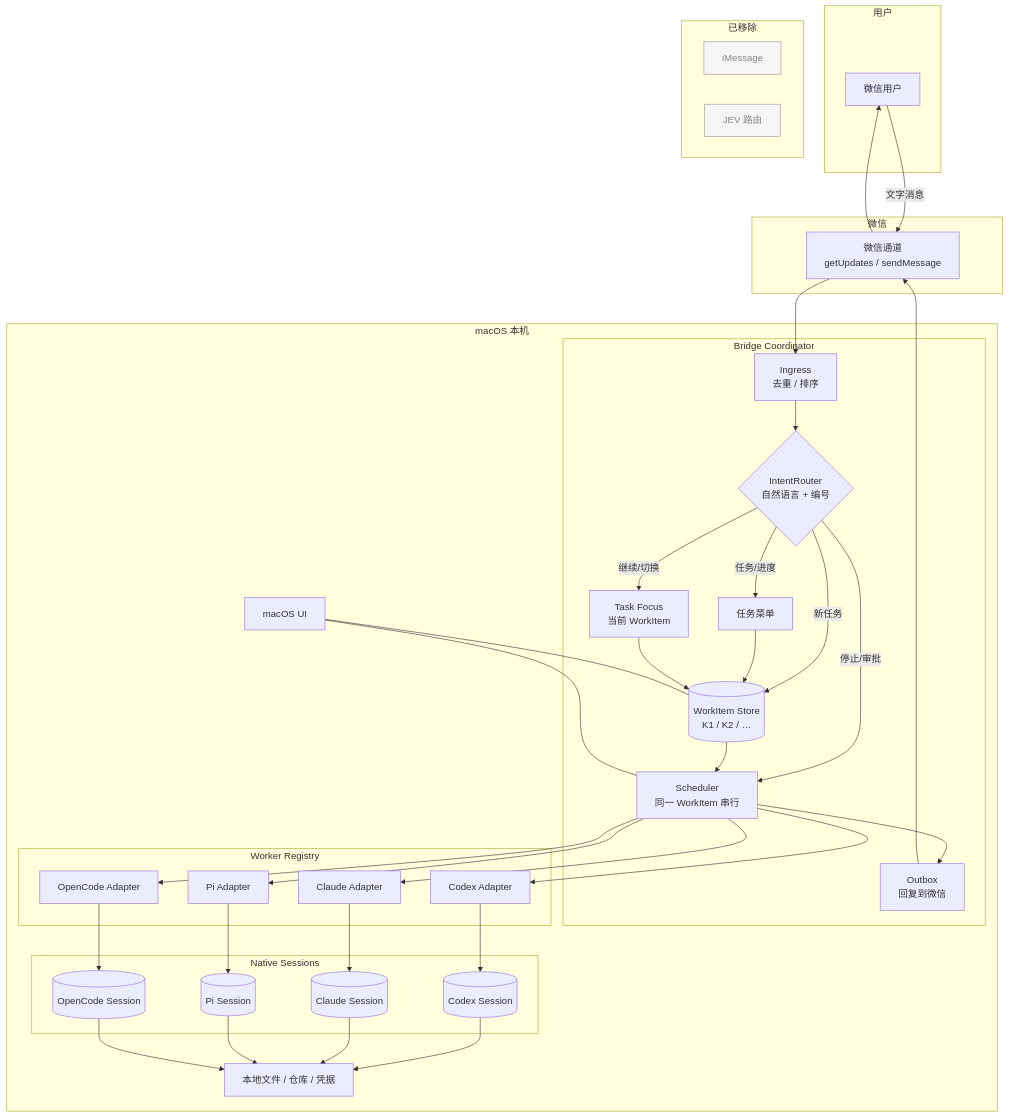
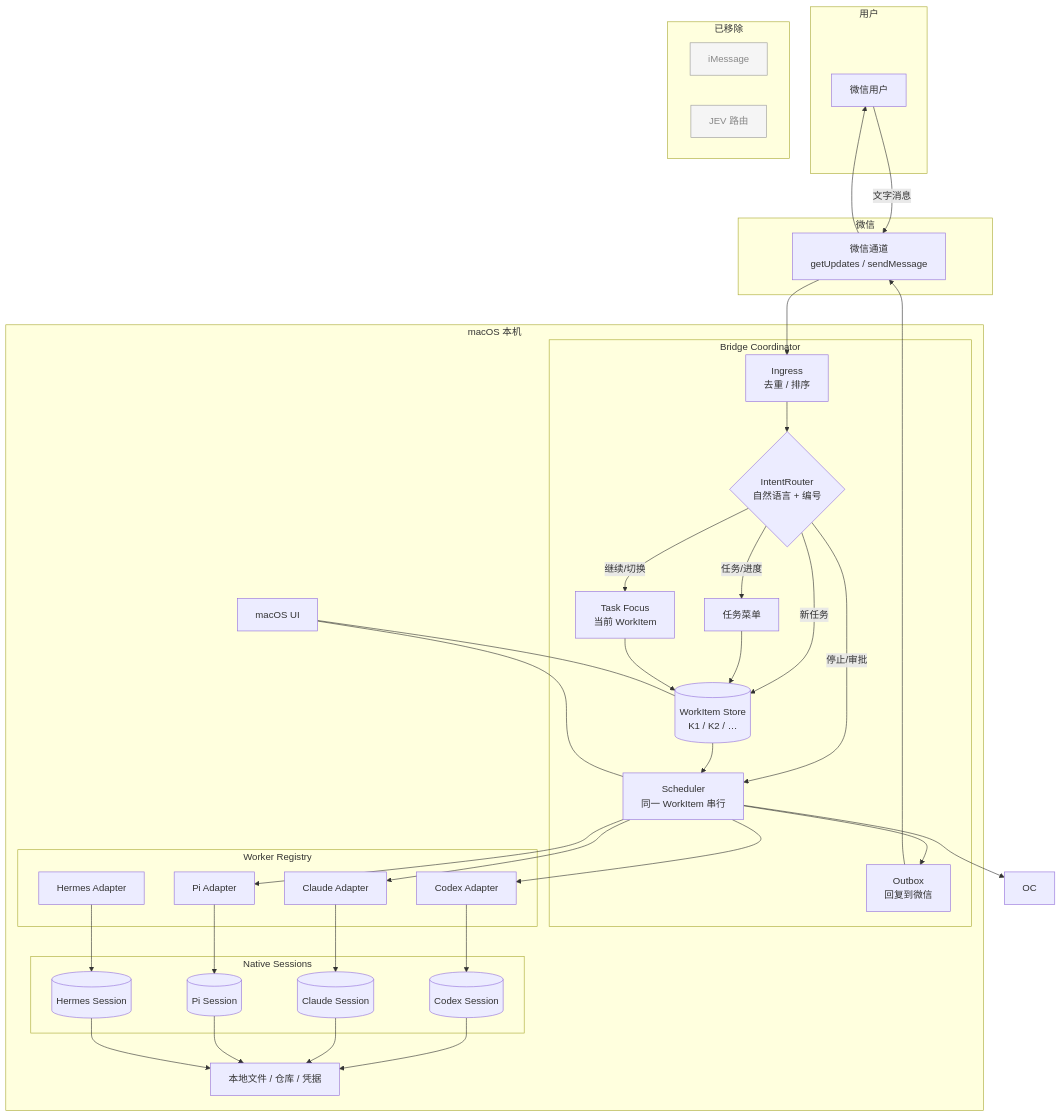
One commit to section9-lab/chat-bridge changed the second of 3 diagrams in docs/wechat-only-super-agent-plan.md. Above: the diagram before and after it, drawn with Mermaid. The commit also changed other lines of this file and 22 other files, not shown here.

Commit message:
Add Pi agent in place of Cursor, Grok, and OpenCode

````diff
--- a/docs/wechat-only-super-agent-plan.md
+++ b/docs/wechat-only-super-agent-plan.md
@@ -83,75 +83,75 @@
 ```mermaid
 flowchart TB
     subgraph USER["用户"]
         U["微信用户"]
     end
 
     subgraph WX["微信"]
         WC["微信通道<br/>getUpdates / sendMessage"]
     end
 
     subgraph MAC["macOS 本机"]
         subgraph COORD["Bridge Coordinator"]
             IN["Ingress<br/>去重 / 排序"]
             IR{"IntentRouter<br/>自然语言 + 编号"}
             TM["任务菜单"]
             TF["Task Focus<br/>当前 WorkItem"]
             ST[("WorkItem Store<br/>K1 / K2 / …")]
             SCH["Scheduler<br/>同一 WorkItem 串行"]
             OB["Outbox<br/>回复到微信"]
         end
 
         subgraph WORKERS["Worker Registry"]
             CX["Codex Adapter"]
             CL["Claude Adapter"]
             PI["Pi Adapter"]
-            OC["OpenCode Adapter"]
+            HM["Hermes Adapter"]
         end
 
         subgraph SESS["Native Sessions"]
             S1[("Codex Session")]
             S2[("Claude Session")]
             S3[("Pi Session")]
-            S4[("OpenCode Session")]
+            S4[("Hermes Session")]
         end
 
         FS["本地文件 / 仓库 / 凭据"]
         UI["macOS UI"]
     end
 
     subgraph REMOVED["已移除"]
         IM["iMessage"]
         JEV["JEV 路由"]
     end
 
     U -->|文字消息| WC
     WC --> IN
     IN --> IR
     IR -->|任务/进度| TM
     IR -->|新任务| ST
     IR -->|继续/切换| TF
     IR -->|停止/审批| SCH
     TM --> ST
     TF --> ST
     ST --> SCH
     SCH --> CX
     SCH --> CL
     SCH --> PI
     SCH --> OC
     CX --> S1
     CL --> S2
     PI --> S3
-    OC --> S4
+    HM --> S4
     S1 --> FS
     S2 --> FS
     S3 --> FS
     S4 --> FS
     SCH --> OB
     OB --> WC
     WC --> U
     UI --- ST
     UI --- SCH
 
     classDef removed fill:#f5f5f5,stroke:#999,color:#888;
     class IM,JEV removed;
 ```
````
